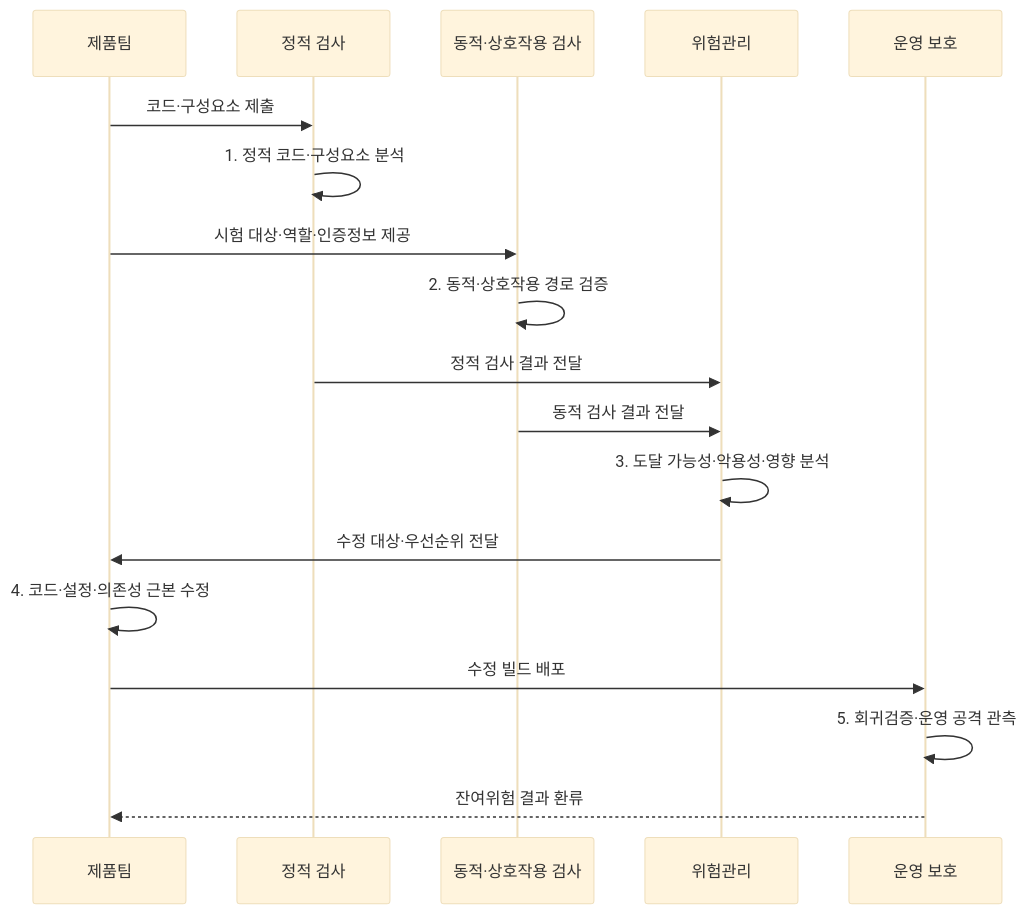
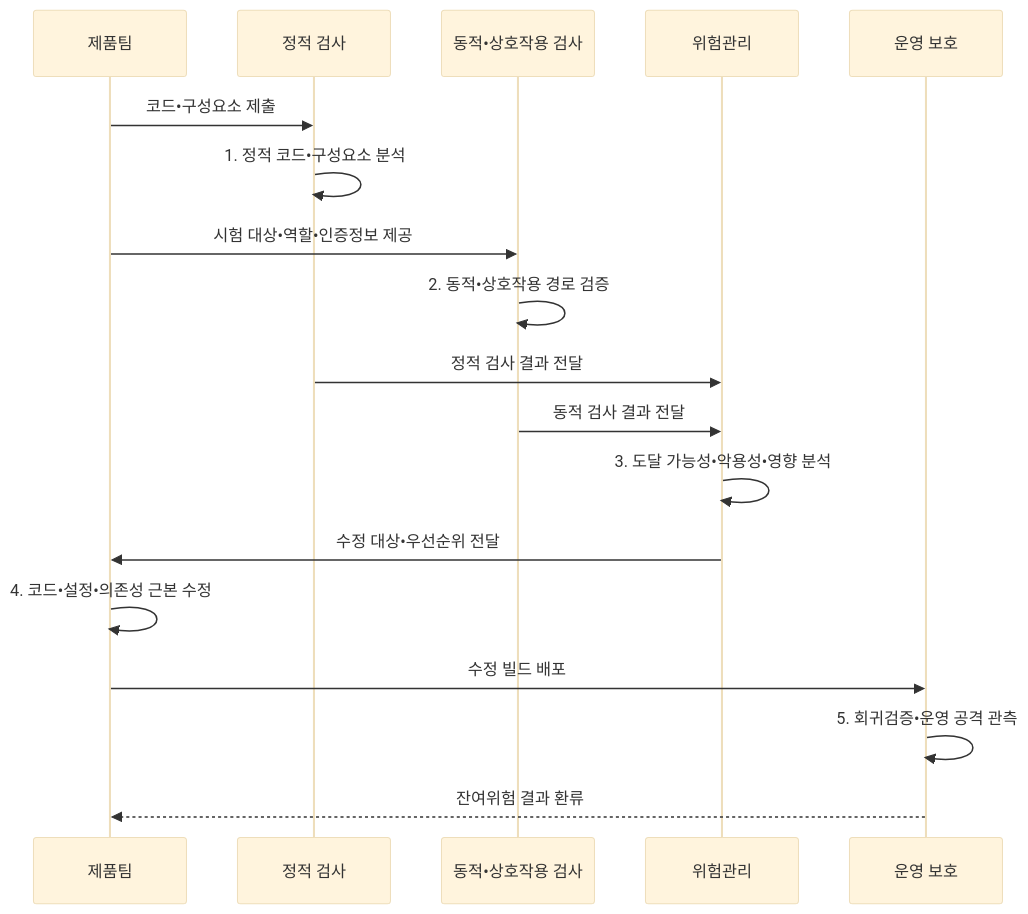
Before and after one commit to agnusdei1207/knowledge-base: the second of 2 diagrams in src/content/docs/notes/05-security/145_sast_dast_iast_rasp.md, drawn with Mermaid (base theme). The commit also changed other lines of this file and 953 other files, not shown here.

````diff
--- a/src/content/docs/notes/05-security/145_sast_dast_iast_rasp.md
+++ b/src/content/docs/notes/05-security/145_sast_dast_iast_rasp.md
@@ -98,20 +98,20 @@
 ```mermaid
 sequenceDiagram
   participant T as 제품팀
   participant S as 정적 검사
-  participant D as 동적·상호작용 검사
+  participant D as 동적•상호작용 검사
   participant R as 위험관리
   participant O as 운영 보호
-  T->>S: 코드·구성요소 제출
-  S->>S: 1. 정적 코드·구성요소 분석
-  T->>D: 시험 대상·역할·인증정보 제공
-  D->>D: 2. 동적·상호작용 경로 검증
+  T->>S: 코드•구성요소 제출
+  S->>S: 1. 정적 코드•구성요소 분석
+  T->>D: 시험 대상•역할•인증정보 제공
+  D->>D: 2. 동적•상호작용 경로 검증
   S->>R: 정적 검사 결과 전달
   D->>R: 동적 검사 결과 전달
-  R->>R: 3. 도달 가능성·악용성·영향 분석
-  R->>T: 수정 대상·우선순위 전달
-  T->>T: 4. 코드·설정·의존성 근본 수정
+  R->>R: 3. 도달 가능성•악용성•영향 분석
+  R->>T: 수정 대상•우선순위 전달
+  T->>T: 4. 코드•설정•의존성 근본 수정
   T->>O: 수정 빌드 배포
-  O->>O: 5. 회귀검증·운영 공격 관측
+  O->>O: 5. 회귀검증•운영 공격 관측
   O-->>T: 잔여위험 결과 환류
 ```
````
